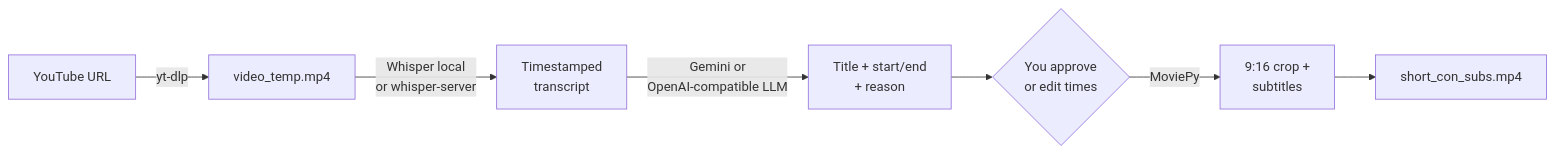
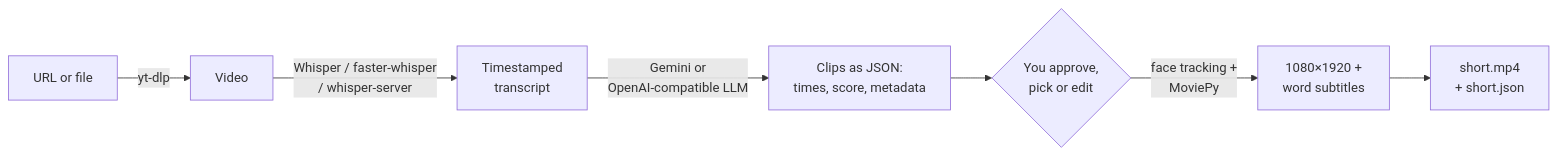
Before and after one commit to JoaquinRuiz/miscoshorts-ai: the diagram in README.md, drawn with Mermaid. The commit also changed other lines of this file and 35 other files, not shown here.

First line of the commit message:
Roadmap #2: package + CLI, smart crop, word-level subtitles, local-first reliability (#3)

````diff
--- a/README.md
+++ b/README.md
@@ -31,9 +49,9 @@
 ```mermaid
 flowchart LR
-    A[YouTube URL] -->|yt-dlp| B[video_temp.mp4]
-    B -->|Whisper local<br>or whisper-server| C[Timestamped<br>transcript]
-    C -->|Gemini or<br>OpenAI-compatible LLM| D[Title + start/end<br>+ reason]
-    D --> E{You approve<br>or edit times}
-    E -->|MoviePy| F[9:16 crop +<br>subtitles]
-    F --> G[short_con_subs.mp4]
+    A[URL or file] -->|yt-dlp| B[Video]
+    B -->|Whisper / faster-whisper<br>/ whisper-server| C[Timestamped<br>transcript]
+    C -->|Gemini or<br>OpenAI-compatible LLM| D[Clips as JSON:<br>times, score, metadata]
+    D --> E{You approve,<br>pick or edit}
+    E -->|face tracking +<br>MoviePy| F[1080×1920 +<br>word subtitles]
+    F --> G[short.mp4<br>+ short.json]
 ```
````
